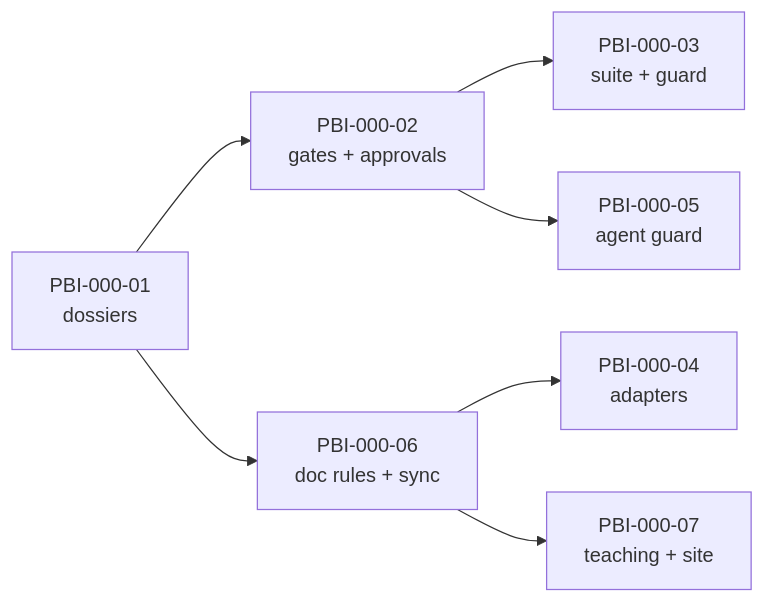
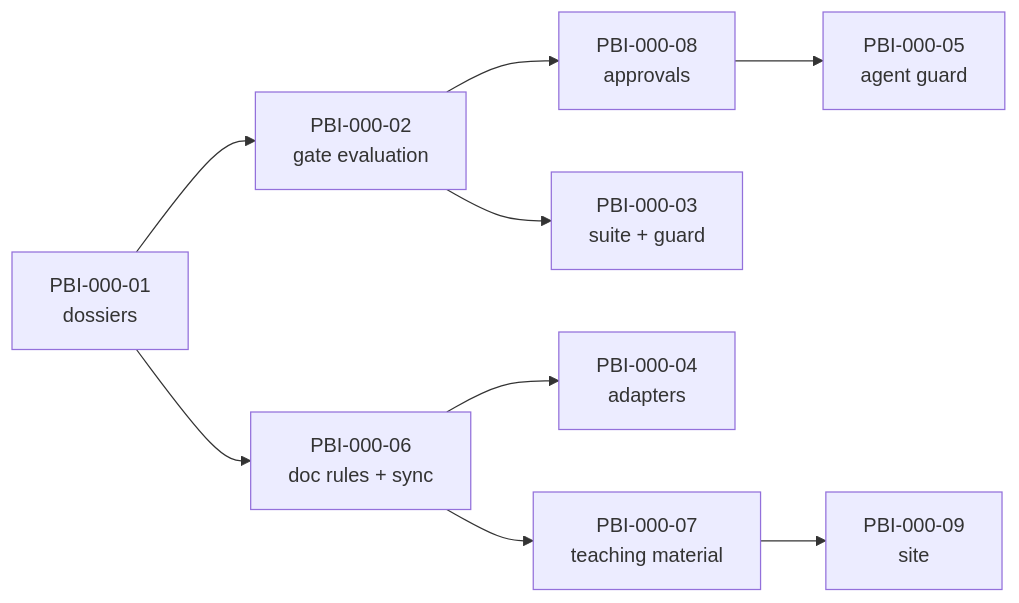
The diagram in specs/000-sdd-harness/backlog.md (IAugustoMZ/orion_chemicals_data_platform), drawn with Mermaid before and after one commit. The commit also changed other lines of this file and 51 other files, not shown here.

````diff
--- a/specs/000-sdd-harness/backlog.md
+++ b/specs/000-sdd-harness/backlog.md
@@ -130,9 +454,11 @@
 ```mermaid
 flowchart LR
-    P1["PBI-000-01<br/>dossiers"] --> P2["PBI-000-02<br/>gates + approvals"]
+    P1["PBI-000-01<br/>dossiers"] --> P2["PBI-000-02<br/>gate evaluation"]
+    P2 --> P8["PBI-000-08<br/>approvals"]
     P2 --> P3["PBI-000-03<br/>suite + guard"]
+    P8 --> P5["PBI-000-05<br/>agent guard"]
     P1 --> P6["PBI-000-06<br/>doc rules + sync"]
     P6 --> P4["PBI-000-04<br/>adapters"]
-    P2 --> P5["PBI-000-05<br/>agent guard"]
-    P6 --> P7["PBI-000-07<br/>teaching + site"]
+    P6 --> P7["PBI-000-07<br/>teaching material"]
+    P7 --> P9["PBI-000-09<br/>site"]
 ```
````
